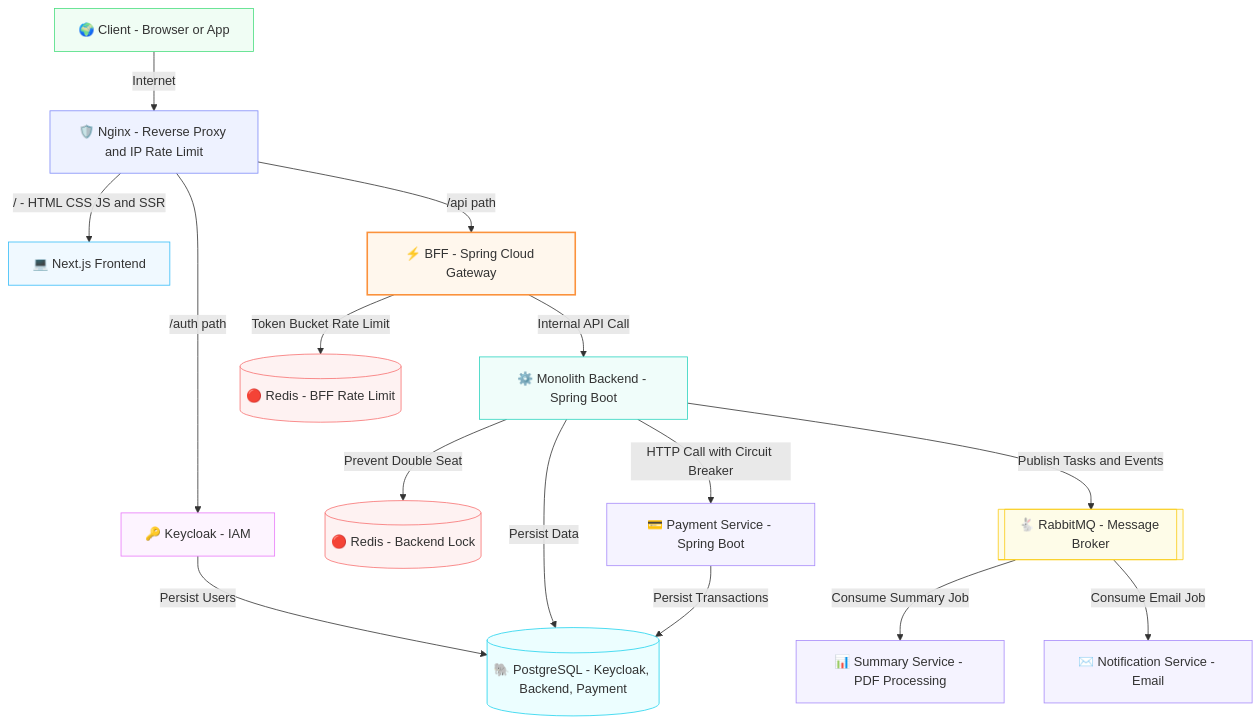
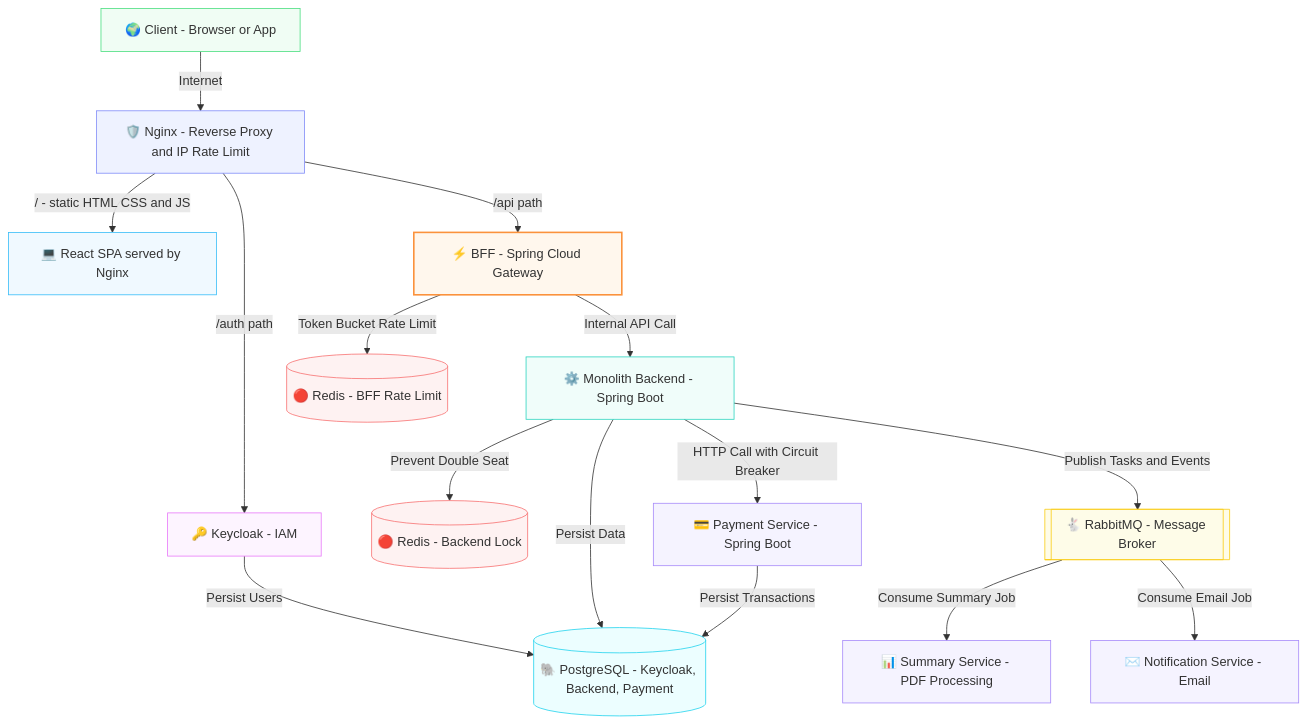
The diagram in docs/design.md (Hownameee/unihub-workshop), drawn with Mermaid before and after one commit. The commit also changed other lines of this file and 2 other files, not shown here.

Commit message:
docs: add project requirements and update architecture docs

````diff
--- a/docs/design.md
+++ b/docs/design.md
@@ -25,45 +25,45 @@
 ```mermaid
 ---
 config:
   layout: fixed
 ---
 flowchart TB
     Client["🌍 Client - Browser or App"] -- Internet --> Nginx["🛡️ Nginx - Reverse Proxy and IP Rate Limit"]
-    Nginx -- "/ - HTML CSS JS and SSR" --> NextJS["💻 Next.js Frontend"]
+    Nginx -- "/ - static HTML CSS and JS" --> Frontend["💻 React SPA served by Nginx"]
     Nginx -- /auth path --> Keycloak["🔑 Keycloak - IAM"]
     Nginx -- /api path --> BFF["⚡ BFF - Spring Cloud Gateway"]
     BFF -- Token Bucket Rate Limit --> RedisBFF[("🔴 Redis - BFF Rate Limit")]
     BFF -- Internal API Call --> BackendMonolith["⚙️ Monolith Backend - Spring Boot"]
     BackendMonolith -- Prevent Double Seat --> RedisBackend[("🔴 Redis - Backend Lock")]
     BackendMonolith -- Persist Data --> Postgres[("🐘 PostgreSQL - Keycloak, Backend, Payment")]
     Keycloak -- Persist Users --> Postgres
     BackendMonolith -- HTTP Call with Circuit Breaker --> PaymentService["💳 Payment Service - Spring Boot"]
     PaymentService -- Persist Transactions --> Postgres
     BackendMonolith -- Publish Tasks and Events --> RabbitMQ[["🐇 RabbitMQ - Message Broker"]]
     RabbitMQ -- Consume Summary Job --> SummaryService["📊 Summary Service - PDF Processing"]
     RabbitMQ -- Consume Email Job --> NotificationService["✉️ Notification Service - Email"]
 
      Client:::clientStyle
      Nginx:::proxyStyle
-     NextJS:::frontendStyle
+     Frontend:::frontendStyle
      Keycloak:::authStyle
      BFF:::bffStyle
      RedisBFF:::cacheStyle
      BackendMonolith:::backendStyle
      RedisBackend:::cacheStyle
      Postgres:::dbStyle
      PaymentService:::serviceStyle
      RabbitMQ:::brokerStyle
      SummaryService:::serviceStyle
      NotificationService:::serviceStyle
     classDef clientStyle stroke:#4ade80,fill:#f0fdf4,stroke-width:1px
     classDef proxyStyle stroke:#818cf8,fill:#eef2ff,stroke-width:1px
     classDef frontendStyle stroke:#38bdf8,fill:#f0f9ff,stroke-width:1px
     classDef authStyle stroke:#e879f9,fill:#fdf4ff,stroke-width:1px
     classDef bffStyle stroke:#fb923c,fill:#fff7ed,stroke-width:2px
     classDef backendStyle stroke:#2dd4bf,fill:#f0fdfa,stroke-width:1px
     classDef cacheStyle stroke:#f87171,fill:#fef2f2,stroke-width:1px
     classDef dbStyle stroke:#22d3ee,fill:#ecfeff,stroke-width:1px
     classDef serviceStyle stroke:#a78bfa,fill:#f5f3ff,stroke-width:1px
     classDef brokerStyle stroke:#facc15,fill:#fefce8,stroke-width:1px
 ```
````
